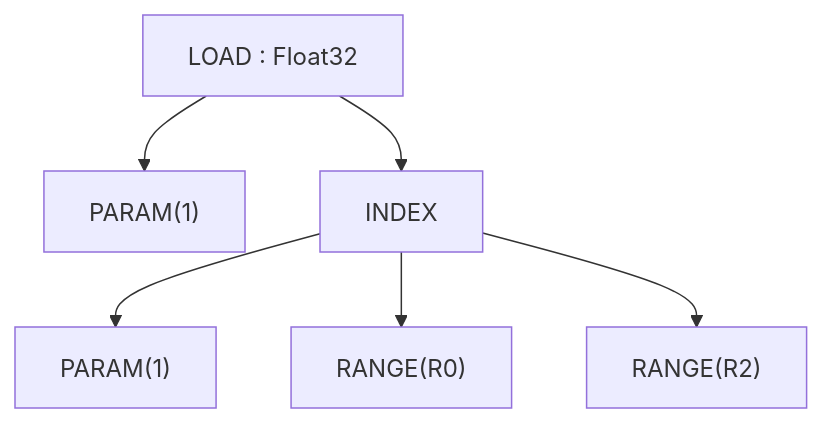
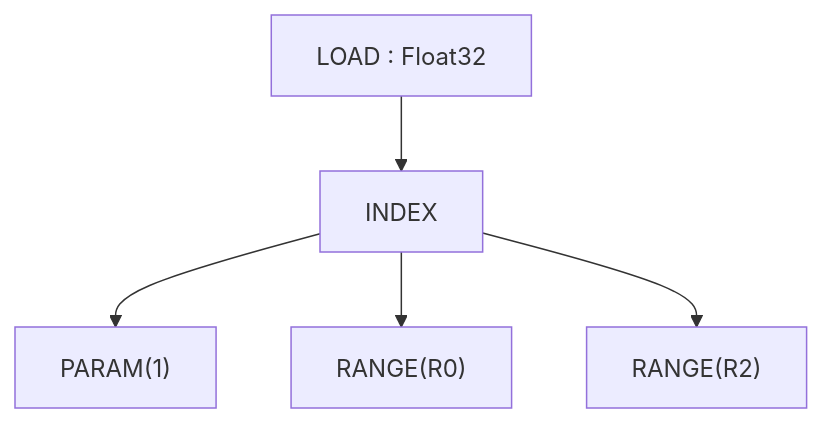
Before and after one commit to npatsakula/morok: the seventh of 16 diagrams in website/docs/architecture/op-bestiary.md, drawn with Mermaid. The commit also changed other lines of this file and 63 other files, not shown here.

First line of the commit message:
[*] docs: verify the architecture chapter against the IR and optimizer

````diff
--- a/website/docs/architecture/op-bestiary.md
+++ b/website/docs/architecture/op-bestiary.md
@@ -243,8 +232,7 @@
 ```mermaid
 flowchart TD
-  L["LOAD : Float32"] --> P1["PARAM(1)"]
-  L --> IDX["INDEX"]
-  IDX --> P1b["PARAM(1)"]
+  L["LOAD : Float32"] --> IDX["INDEX"]
+  IDX --> P1["PARAM(1)"]
   IDX --> R0["RANGE(R0)"]
   IDX --> R2["RANGE(R2)"]
 ```
````
